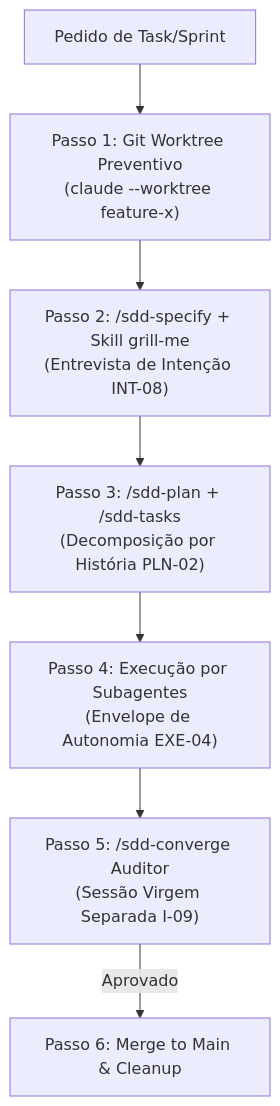
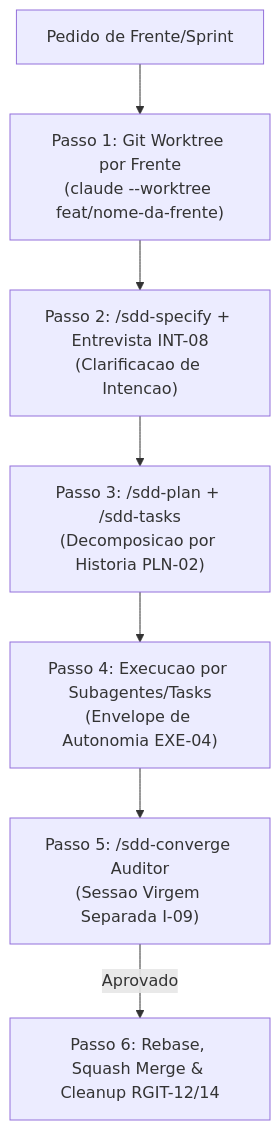
The diagram in templates/RULE_AUTOMATIC_WORKTREE_SDD_GRILLING.md (Brian5m1th/agent-foundation-kit), drawn with Mermaid before and after one commit. The commit also changed other lines of this file and 16 other files, not shown here.

````diff
--- a/templates/RULE_AUTOMATIC_WORKTREE_SDD_GRILLING.md
+++ b/templates/RULE_AUTOMATIC_WORKTREE_SDD_GRILLING.md
@@ -17,9 +18,9 @@
 ```mermaid
 graph TD
-    A[Pedido de Task/Sprint] --> B["Passo 1: Git Worktree Preventivo<br/>(claude --worktree feature-x)"]
-    B --> C["Passo 2: /sdd-specify + Skill grill-me<br/>(Entrevista de Intenção INT-08)"]
-    C --> D["Passo 3: /sdd-plan + /sdd-tasks<br/>(Decomposição por História PLN-02)"]
-    D --> E["Passo 4: Execução por Subagentes<br/>(Envelope de Autonomia EXE-04)"]
-    E --> F["Passo 5: /sdd-converge Auditor<br/>(Sessão Virgem Separada I-09)"]
-    F -->|Aprovado| G[Passo 6: Merge to Main & Cleanup]
+    A[Pedido de Frente/Sprint] --> B["Passo 1: Git Worktree por Frente<br/>(claude --worktree feat/nome-da-frente)"]
+    B --> C["Passo 2: /sdd-specify + Entrevista INT-08<br/>(Clarificacao de Intencao)"]
+    C --> D["Passo 3: /sdd-plan + /sdd-tasks<br/>(Decomposicao por Historia PLN-02)"]
+    D --> E["Passo 4: Execucao por Subagentes/Tasks<br/>(Envelope de Autonomia EXE-04)"]
+    E --> F["Passo 5: /sdd-converge Auditor<br/>(Sessao Virgem Separada I-09)"]
+    F -->|Aprovado| G[Passo 6: Rebase, Squash Merge & Cleanup RGIT-12/14]
 ```
````
